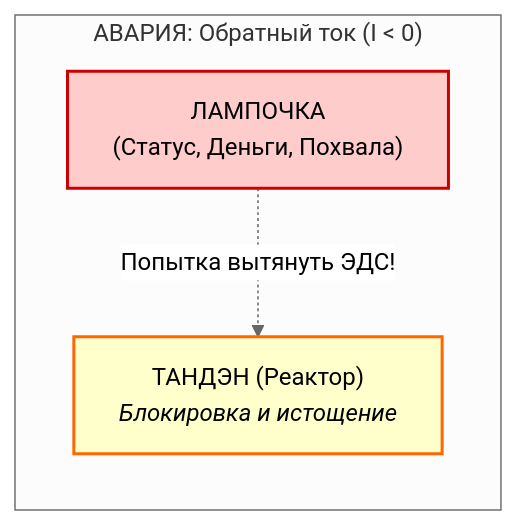
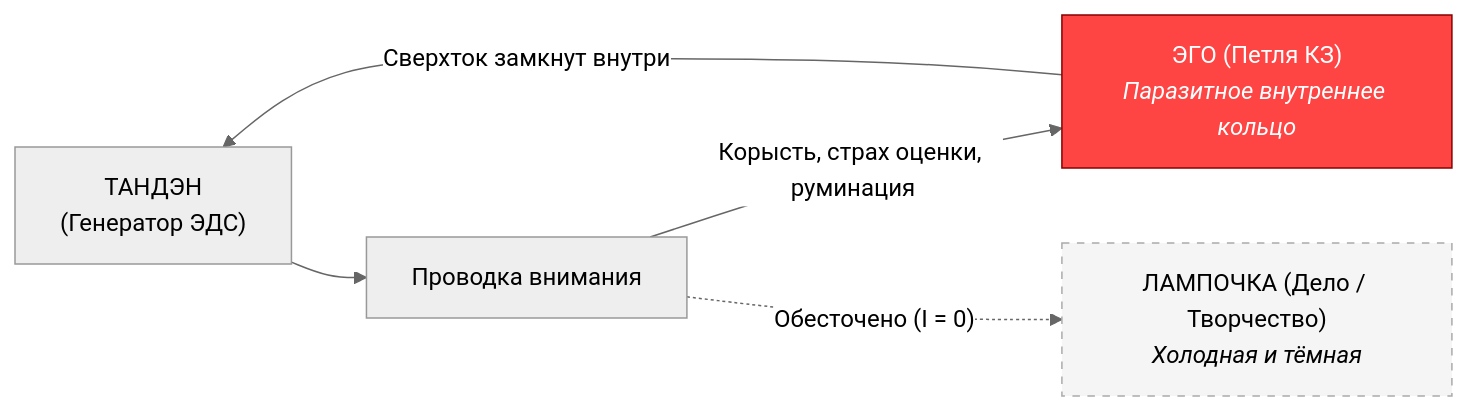
Before and after one commit to vsanyanov-ux/inner-current: the third of 3 diagrams in wiki/17-the-nature-of-the-light-bulb-and-zen-load.md, drawn with Mermaid (neutral theme). The commit also changed other lines of this file and 81 other files, not shown here.

Commit message:
feat(core): v1.4.0 - Zen architecture refactoring, pure physics engine, telemetry validation and domain registries

````diff
--- a/wiki/17-the-nature-of-the-light-bulb-and-zen-load.md
+++ b/wiki/17-the-nature-of-the-light-bulb-and-zen-load.md
@@ -127,8 +150,11 @@
 ```mermaid
-flowchart RL
-    subgraph Авария ["АВАРИЯ: Обратный ток (I < 0)"]
-        L["ЛАМПОЧКА<br/>(Статус, Деньги, Похвала)"] -.->|"Попытка вытянуть ЭДС!"| T["ТАНДЭН (Реактор)<br/><i>Блокировка и истощение</i>"]
-        style L fill:#ffcccc,stroke:#cc0000,stroke-width:2px
-        style T fill:#ffffcc,stroke:#ff6600,stroke-width:2px
-    end
+flowchart LR
+    T["ТАНДЭН<br/>(Генератор ЭДС)"] --> Wire["Проводка внимания"]
+    Wire -->|"Корысть, страх оценки, руминация"| Ego["ЭГО (Петля КЗ)<br/><i>Паразитное внутреннее кольцо</i>"]
+    Ego -->|"Сверхток замкнут внутри"| T
+    
+    Wire -. "Обесточено (I = 0)" .-> Lamp["ЛАМПОЧКА (Дело / Творчество)<br/><i>Холодная и тёмная</i>"]
+
+    style Ego fill:#ff4444,stroke:#880000,color:#ffffff
+    style Lamp fill:#f5f5f5,stroke:#aaaaaa,stroke-dasharray: 5 5
 ```
````
